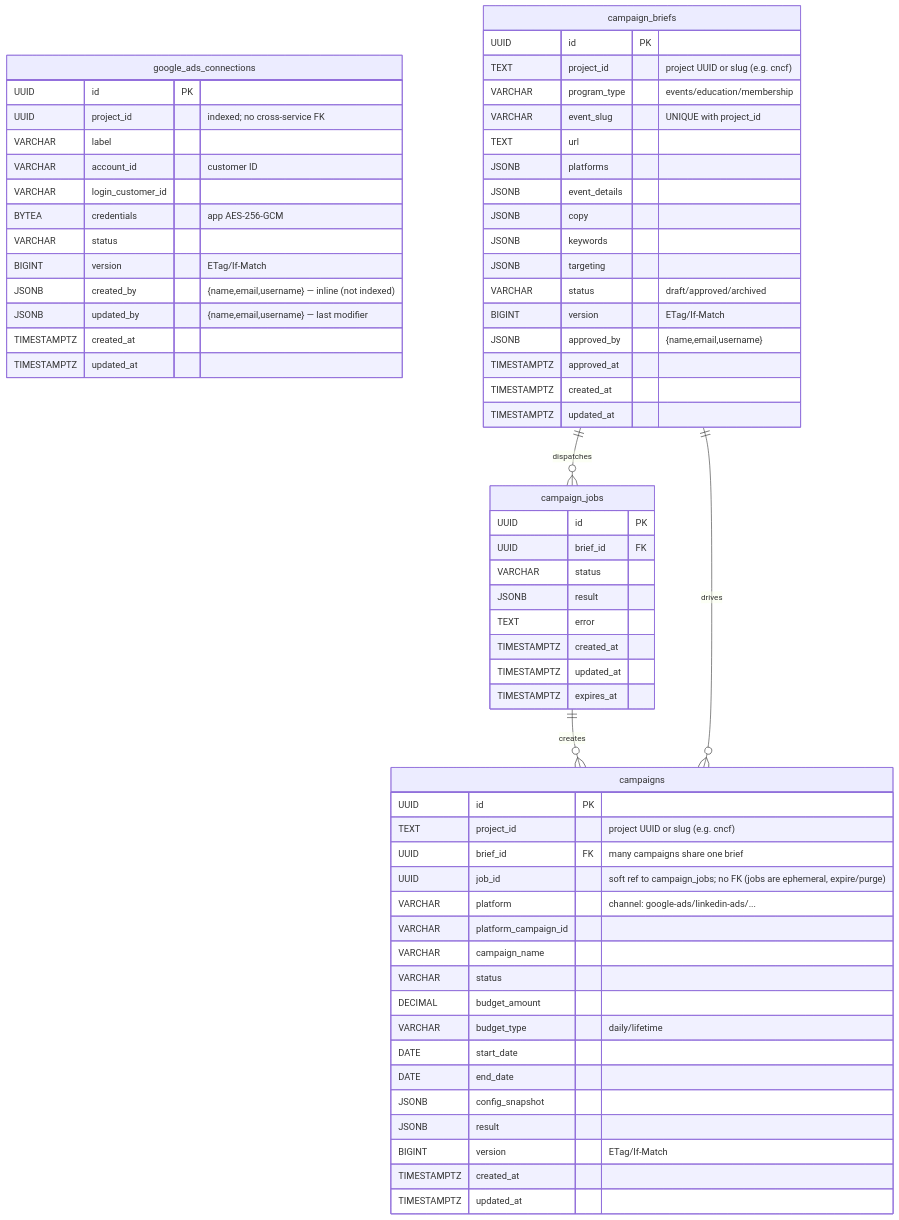
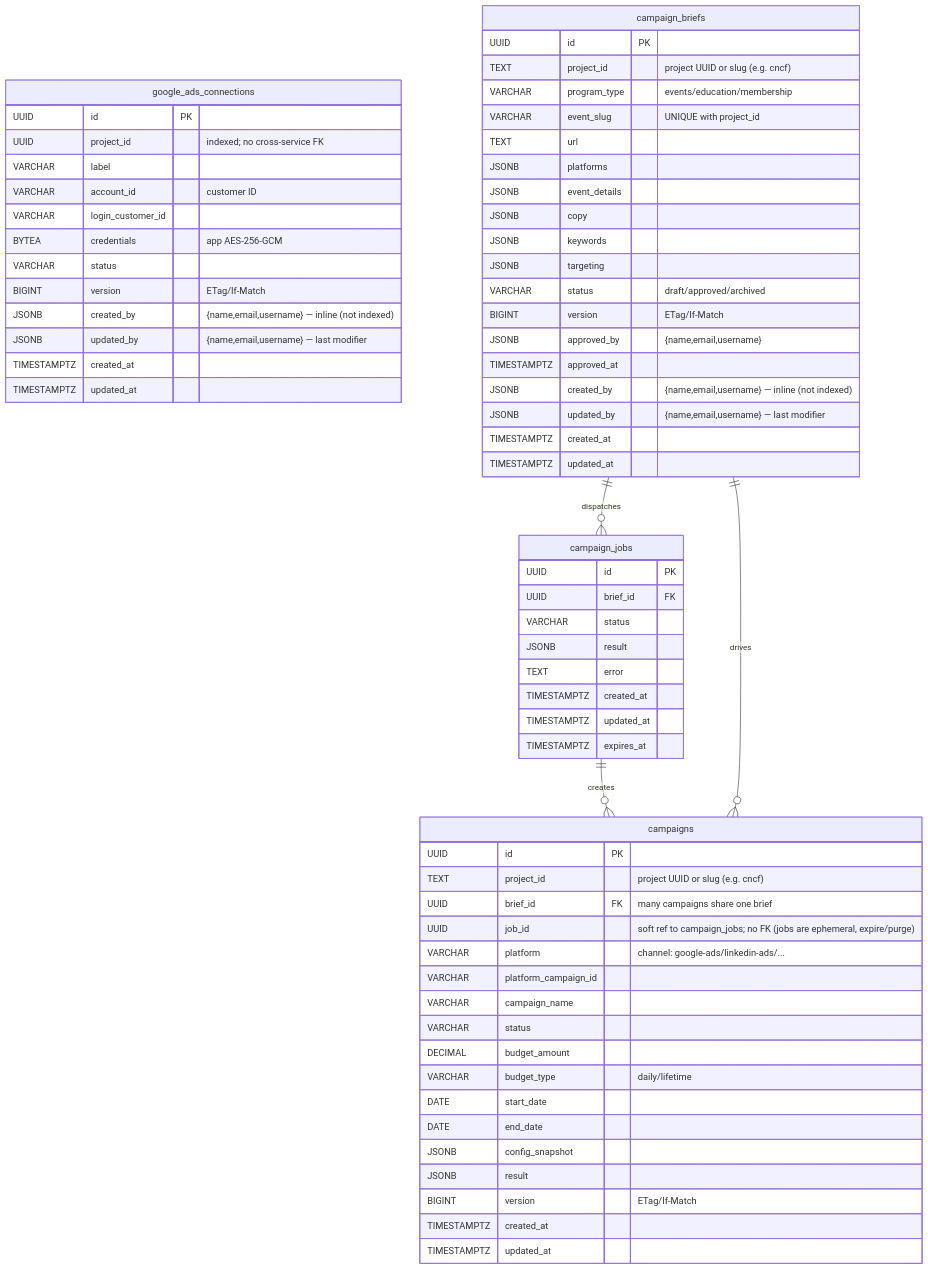
Before and after one commit to linuxfoundation/lfx-v2-campaign-service: the seventh of 8 diagrams in docs/architecture.md, drawn with Mermaid. The commit also changed other lines of this file and 2 other files, not shown here.

Commit message:
test(briefs): pin the missing-actor warning; correct schema docs (LFXV2-3038)
A write with no authenticated principal fails nothing - the row commits with
NULL attribution and the response is an ordinary 2xx - so the WARN line is the
only operational signal that attribution has broken. Assert it and its operation
attribute with a capturing slog handler.

Also qualify architecture D5 (campaigns has no actor columns yet) and add the
two new columns to the campaign_briefs block of the persistence ER diagram.

````diff
--- a/docs/architecture.md
+++ b/docs/architecture.md
@@ -340,71 +340,73 @@
 ```mermaid
 erDiagram
     google_ads_connections {
         UUID id PK
         UUID project_id "indexed; no cross-service FK"
         VARCHAR label
         VARCHAR account_id "customer ID"
         VARCHAR login_customer_id
         BYTEA credentials "app AES-256-GCM"
         VARCHAR status
         BIGINT version "ETag/If-Match"
         JSONB created_by "{name,email,username} — inline (not indexed)"
         JSONB updated_by "{name,email,username} — last modifier"
         TIMESTAMPTZ created_at
         TIMESTAMPTZ updated_at
     }
 
     campaign_briefs {
         UUID id PK
         TEXT project_id "project UUID or slug (e.g. cncf)"
         VARCHAR program_type "events/education/membership"
         VARCHAR event_slug "UNIQUE with project_id"
         TEXT url
         JSONB platforms
         JSONB event_details
         JSONB copy
         JSONB keywords
         JSONB targeting
         VARCHAR status "draft/approved/archived"
         BIGINT version "ETag/If-Match"
         JSONB approved_by "{name,email,username}"
         TIMESTAMPTZ approved_at
+        JSONB created_by "{name,email,username} — inline (not indexed)"
+        JSONB updated_by "{name,email,username} — last modifier"
         TIMESTAMPTZ created_at
         TIMESTAMPTZ updated_at
     }
 
     campaigns {
         UUID id PK
         TEXT project_id "project UUID or slug (e.g. cncf)"
         UUID brief_id FK "many campaigns share one brief"
         UUID job_id "soft ref to campaign_jobs; no FK (jobs are ephemeral, expire/purge)"
         VARCHAR platform "channel: google-ads/linkedin-ads/..."
         VARCHAR platform_campaign_id
         VARCHAR campaign_name
         VARCHAR status
         DECIMAL budget_amount
         VARCHAR budget_type "daily/lifetime"
         DATE start_date
         DATE end_date
         JSONB config_snapshot
         JSONB result
         BIGINT version "ETag/If-Match"
         TIMESTAMPTZ created_at
         TIMESTAMPTZ updated_at
     }
 
     campaign_jobs {
         UUID id PK
         UUID brief_id FK
         VARCHAR status
         JSONB result
         TEXT error
         TIMESTAMPTZ created_at
         TIMESTAMPTZ updated_at
         TIMESTAMPTZ expires_at
     }
 
     campaign_briefs ||--o{ campaign_jobs : "dispatches"
     campaign_jobs ||--o{ campaigns : "creates"
     campaign_briefs ||--o{ campaigns : "drives"
 ```
````
